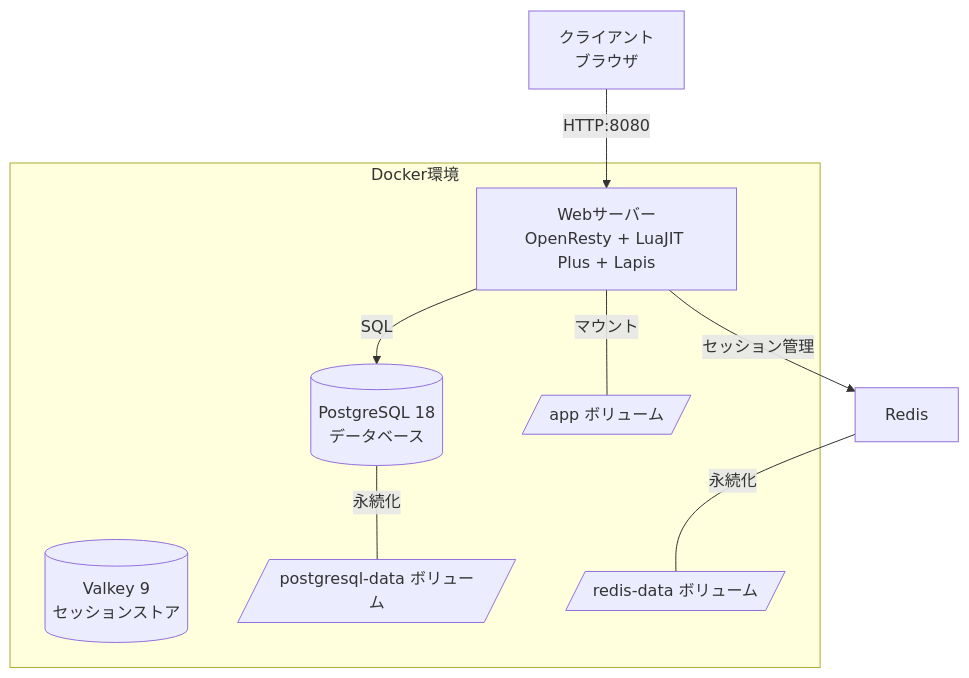
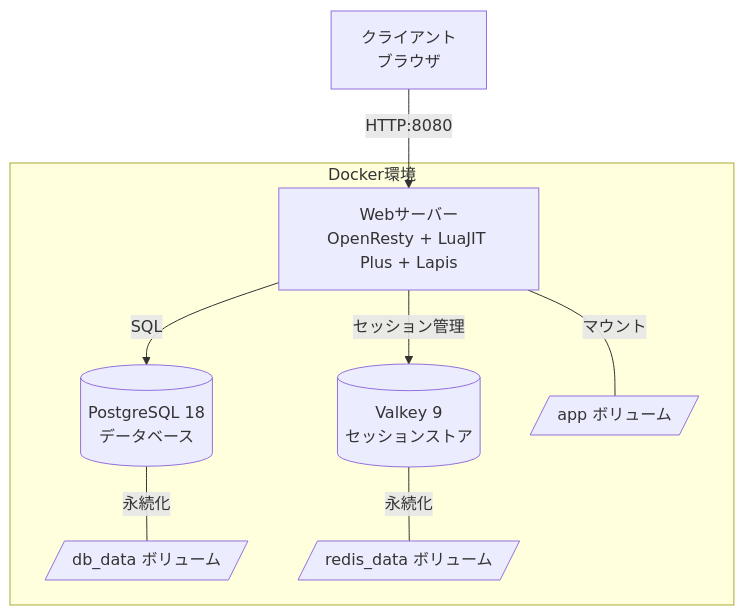
One commit to hawkie275/LuaAIDiary changed the diagram in ARCHITECTURE.md. Above: the diagram before and after it, drawn with Mermaid. The commit also changed other lines of this file, not shown here.

Commit message:
Align architecture service versions with compose

````diff
--- a/ARCHITECTURE.md
+++ b/ARCHITECTURE.md
@@ -9,19 +9,19 @@
 ```mermaid
 graph TB
     Client[クライアント<br/>ブラウザ]
     subgraph Docker環境
         Web[Webサーバー<br/>OpenResty + LuaJIT Plus + Lapis]
         DB[(PostgreSQL 18<br/>データベース)]
         Valkey[(Valkey 9<br/>セッションストア)]
         WebVol[/app ボリューム/]
-        DBVol[/postgresql-data ボリューム/]
-        RedisVol[/redis-data ボリューム/]
+        DBVol[/db_data ボリューム/]
+        ValkeyVol[/redis_data ボリューム/]
     end
 
     Client -->|HTTP:8080| Web
     Web -->|SQL| DB
-    Web -->|セッション管理| Redis
+    Web -->|セッション管理| Valkey
     Web ---|マウント| WebVol
     DB ---|永続化| DBVol
-    Redis ---|永続化| RedisVol
+    Valkey ---|永続化| ValkeyVol
 ```
````
